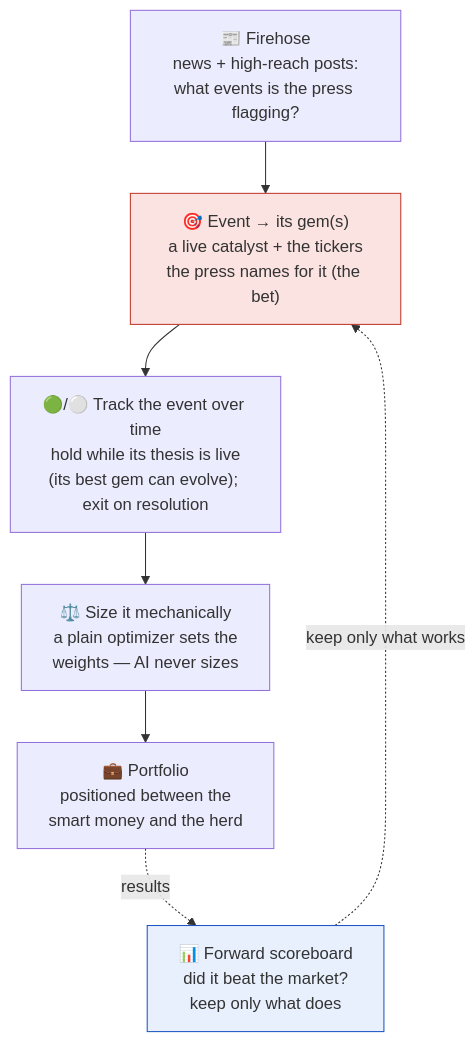
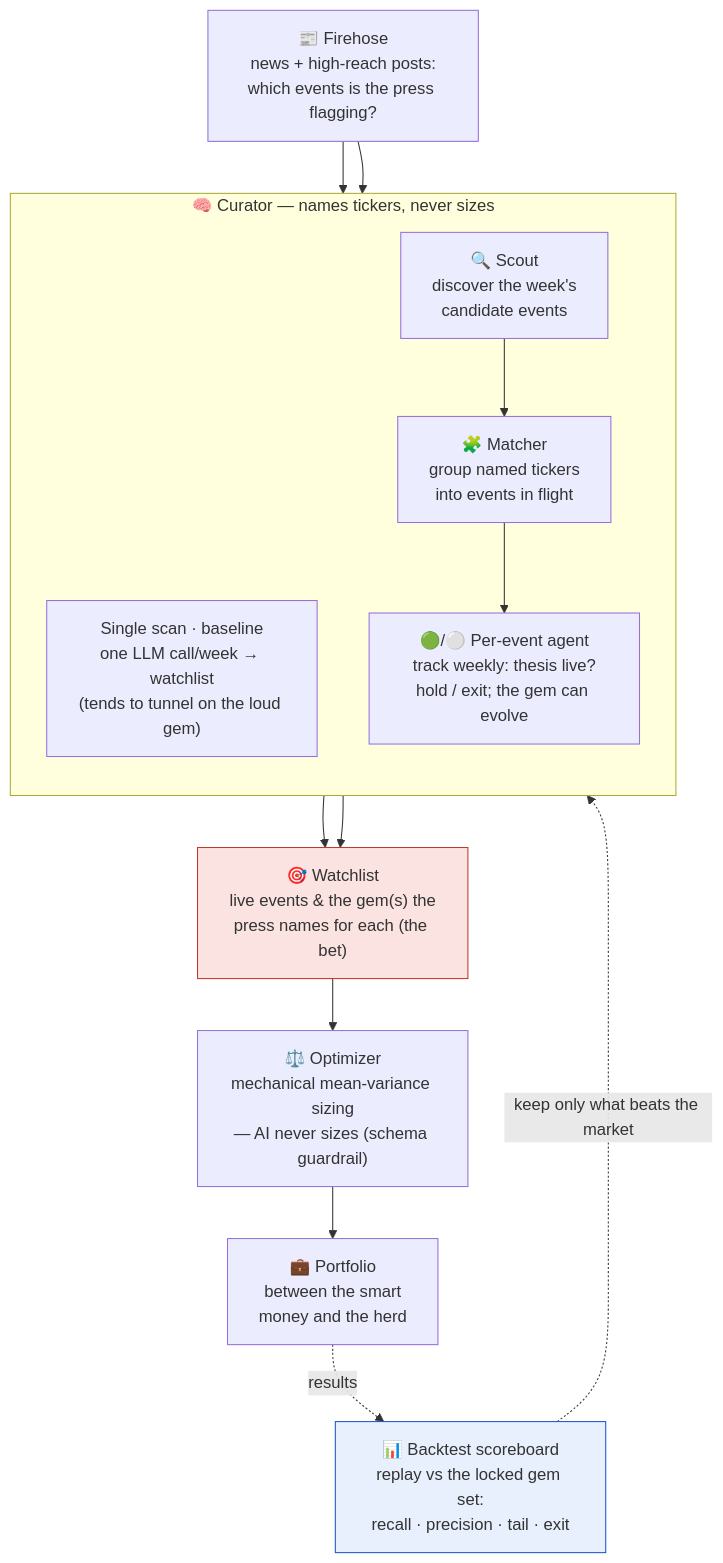
The diagram in README.md (joehahn/geo-herd-rider), drawn with Mermaid before and after one commit. The commit also changed other lines of this file, not shown here.

First line of the commit message:
README: backtest-only rewrite + diagram wired to every section

````diff
--- a/README.md
+++ b/README.md
@@ -18,18 +22,31 @@
 ```mermaid
 flowchart TD
-    S["📰 Firehose<br/>news + high-reach posts:<br/>what events is the press flagging?"]
-    E["🎯 Event → its gem(s)<br/>a live catalyst + the tickers<br/>the press names for it (the bet)"]
-    X["🟢/⚪ Track the event over time<br/>hold while its thesis is live<br/>(its best gem can evolve); exit on resolution"]
-    W["⚖️ Size it mechanically<br/>a plain optimizer sets the<br/>weights — AI never sizes"]
-    B["💼 Portfolio<br/>positioned between the<br/>smart money and the herd"]
-    SB["📊 Forward scoreboard<br/>did it beat the market?<br/>keep only what does"]
+    S["📰 Firehose<br/>news + high-reach posts:<br/>which events is the press flagging?"]
 
-    S --> E --> X --> W --> B
+    subgraph CUR["🧠 Curator — names tickers, never sizes"]
+      direction TB
+      SS["Single scan · baseline<br/>one LLM call/week → watchlist<br/>(tends to tunnel on the loud gem)"]
+      SC["🔍 Scout<br/>discover the week's<br/>candidate events"]
+      MA["🧩 Matcher<br/>group named tickers<br/>into events in flight"]
+      AG["🟢/⚪ Per-event agent<br/>track weekly: thesis live?<br/>hold / exit; the gem can evolve"]
+      SC --> MA --> AG
+    end
+
+    E["🎯 Watchlist<br/>live events & the gem(s) the<br/>press names for each (the bet)"]
+    W["⚖️ Optimizer<br/>mechanical mean-variance sizing<br/>— AI never sizes (schema guardrail)"]
+    B["💼 Portfolio<br/>between the smart<br/>money and the herd"]
+    SB["📊 Backtest scoreboard<br/>replay vs the locked gem set:<br/>recall · precision · tail · exit"]
+
+    S --> SS
+    S --> SC
+    SS --> E
+    AG --> E
+    E --> W --> B
     B -. results .-> SB
-    SB -. keep only what works .-> E
+    SB -. keep only what beats the market .-> CUR
 
     classDef bet fill:#fae3e0,stroke:#c0392b;
     classDef gate fill:#e8f0fe,stroke:#1a56c4;
     class E bet
     class SB gate
 ```
````
